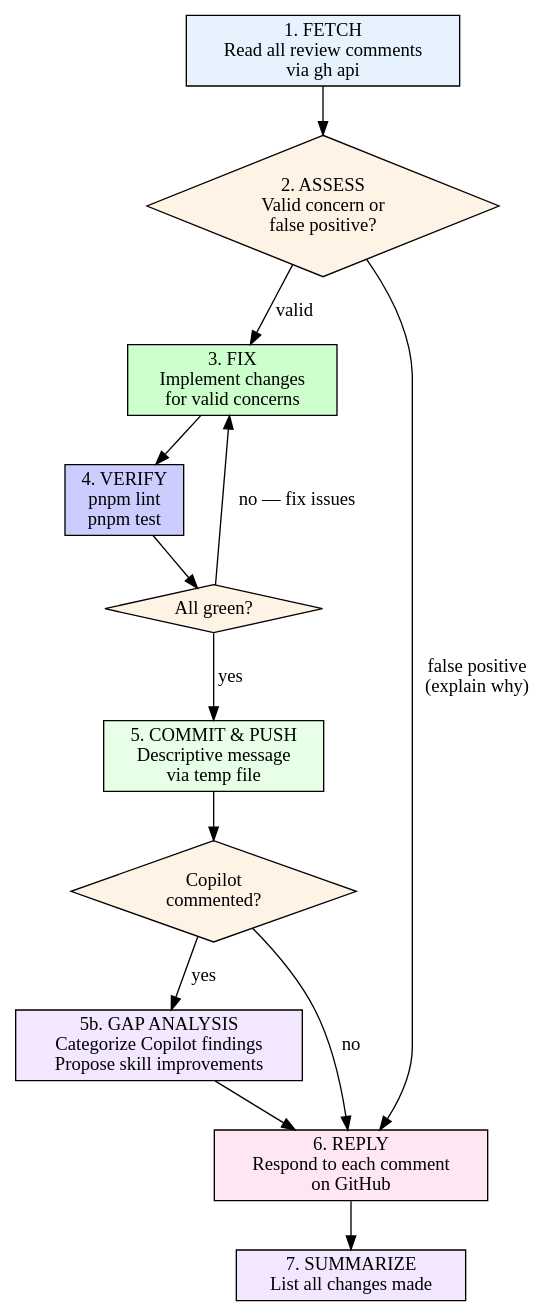
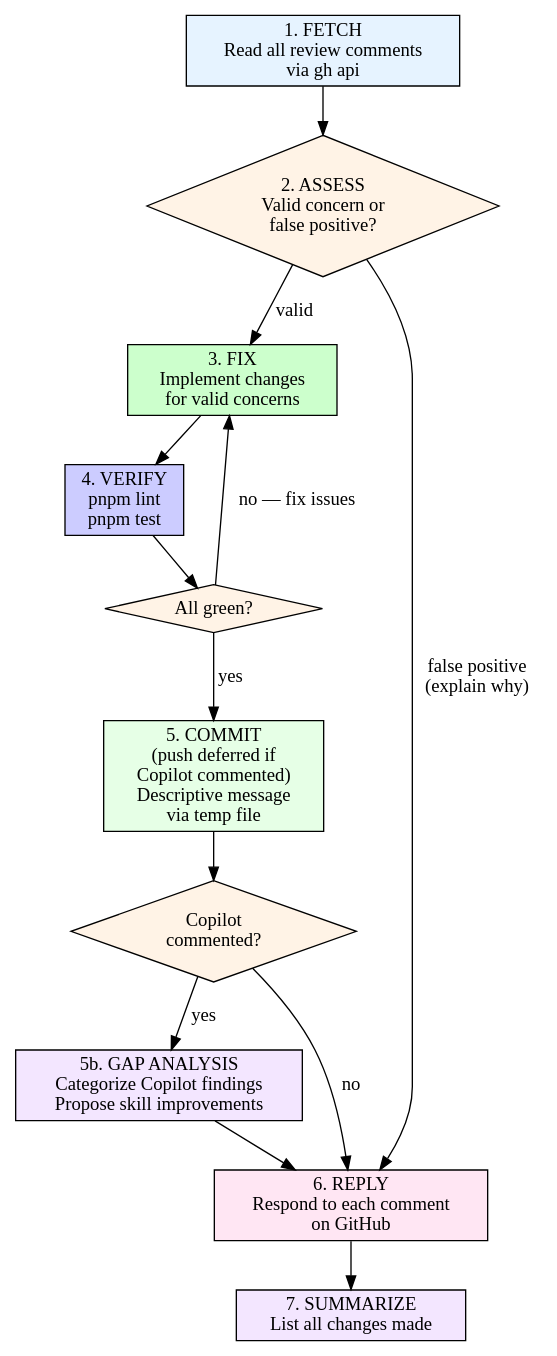
One commit to gcko/pendulum-of-despair changed the diagram in .claude/skills/pr-review-response/SKILL.md. Above: the diagram before and after it, drawn with Graphviz. The commit also changed other lines of this file and 3 other files, not shown here.

````diff
--- a/.claude/skills/pr-review-response/SKILL.md
+++ b/.claude/skills/pr-review-response/SKILL.md
@@ -18,30 +18,30 @@
 ```dot
 digraph pr_review {
     rankdir=TB;
     node [shape=box, style=filled, fillcolor=lightblue];
 
     fetch [label="1. FETCH\nRead all review comments\nvia gh api", fillcolor="#e6f3ff"];
     assess [label="2. ASSESS\nValid concern or\nfalse positive?", shape=diamond, fillcolor="#fff3e6"];
     fix [label="3. FIX\nImplement changes\nfor valid concerns", fillcolor="#ccffcc"];
     verify [label="4. VERIFY\npnpm lint\npnpm test", fillcolor="#ccccff"];
     green [label="All green?", shape=diamond, fillcolor="#fff3e6"];
-    commit [label="5. COMMIT & PUSH\nDescriptive message\nvia temp file", fillcolor="#e6ffe6"];
+    commit [label="5. COMMIT\n(push deferred if\nCopilot commented)\nDescriptive message\nvia temp file", fillcolor="#e6ffe6"];
     copilot [label="Copilot\ncommented?", shape=diamond, fillcolor="#fff3e6"];
     gap [label="5b. GAP ANALYSIS\nCategorize Copilot findings\nPropose skill improvements", fillcolor="#f3e6ff"];
     reply [label="6. REPLY\nRespond to each comment\non GitHub", fillcolor="#ffe6f3"];
     summarize [label="7. SUMMARIZE\nList all changes made", fillcolor="#f3e6ff"];
 
     fetch -> assess;
     assess -> fix [label="valid"];
     assess -> reply [label="false positive\n(explain why)"];
     fix -> verify;
     verify -> green;
     green -> commit [label="yes"];
     green -> fix [label="no — fix issues"];
     commit -> copilot;
     copilot -> gap [label="yes"];
     copilot -> reply [label="no"];
     gap -> reply;
     reply -> summarize;
 }
 ```
````
